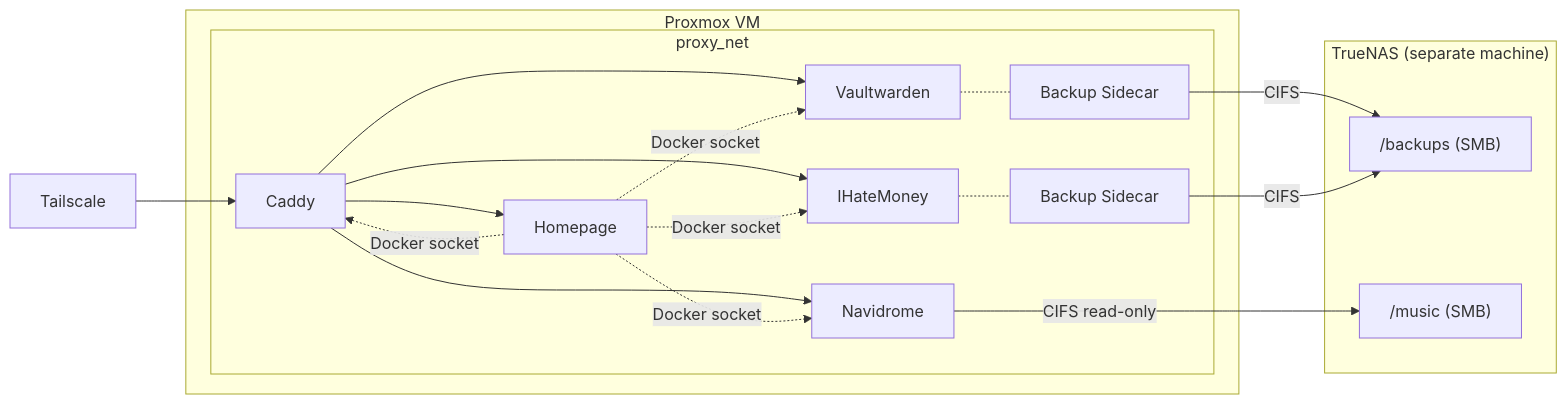
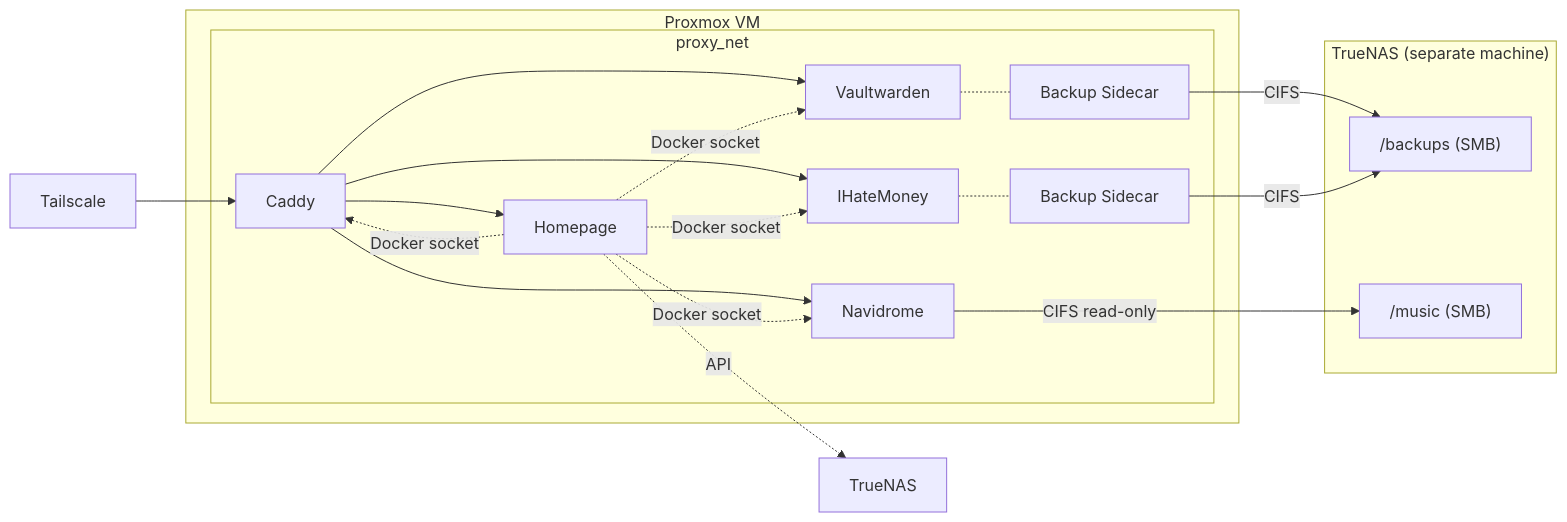
One commit to masolnada/homelab changed the first of 2 diagrams in README.md. Above: the diagram before and after it, drawn with Mermaid. The commit also changed other lines of this file and 2 other files, not shown here.

Commit message:
docs: add TrueNAS widget info and merge Gateway into Infrastructure group

````diff
--- a/README.md
+++ b/README.md
@@ -7,28 +7,30 @@
 ```mermaid
 graph LR
     TS[Tailscale] --> Caddy
 
     subgraph VM["Proxmox VM"]
         subgraph proxy_net
             Caddy --> Homepage
             Caddy --> Vaultwarden
             Caddy --> Navidrome
             Caddy --> IHateMoney
             Homepage -.->|Docker socket| Caddy
             Homepage -.->|Docker socket| Vaultwarden
             Homepage -.->|Docker socket| Navidrome
             Homepage -.->|Docker socket| IHateMoney
             Vaultwarden -.- Backup[Backup Sidecar]
             IHateMoney -.- IHMBackup[Backup Sidecar]
         end
     end
 
     subgraph NAS["TrueNAS (separate machine)"]
         backups["/backups (SMB)"]
         music["/music (SMB)"]
     end
 
+    Homepage -.->|API| TrueNAS
+
     Backup -->|CIFS| backups
     IHMBackup -->|CIFS| backups
     Navidrome -->|CIFS read-only| music
 ```
````
